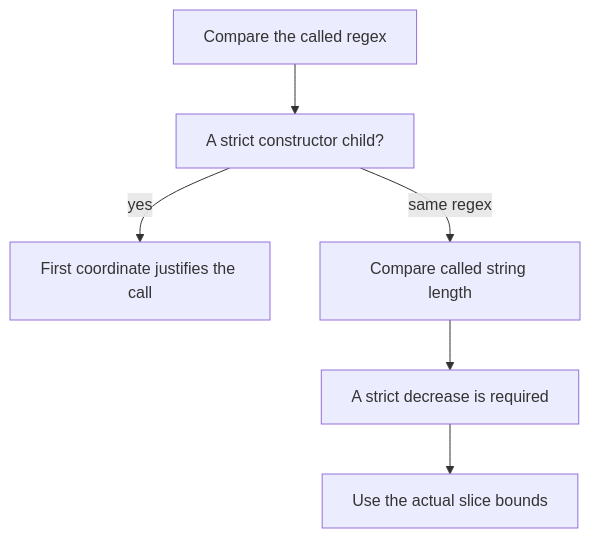
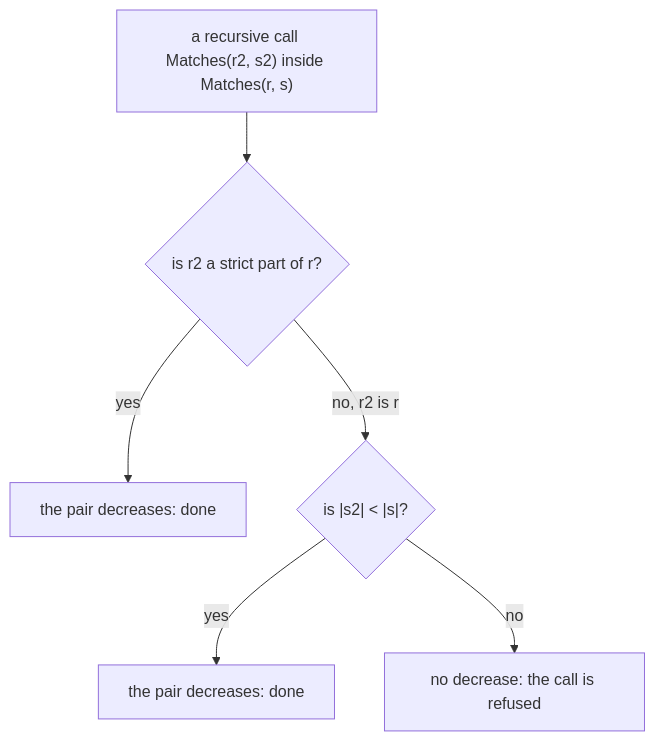
One commit to leobwang/dafny-verus-learn-0 changed the third of 3 diagrams in docs/R02_Datatypes.md. Above: the diagram before and after it, drawn with Mermaid. The commit also changed other lines of this file and 27 other files, not shown here.

````diff
--- a/docs/R02_Datatypes.md
+++ b/docs/R02_Datatypes.md
@@ -344,8 +1031,8 @@
 ```mermaid
 flowchart TD
-  A["Compare the called regex"] --> B["A strict constructor child?"]
-  B -->|"yes"| C["First coordinate justifies the call"]
-  B -->|"same regex"| D["Compare called string length"]
-  D --> E["A strict decrease is required"]
-  E --> F["Use the actual slice bounds"]
+  A["a recursive call Matches(r2, s2) inside Matches(r, s)"] --> B{"is r2 a strict part of r?"}
+  B -->|"yes"| C["the pair decreases: done"]
+  B -->|"no, r2 is r"| D{"is |s2| < |s|?"}
+  D -->|"yes"| E["the pair decreases: done"]
+  D -->|"no"| F["no decrease: the call is refused"]
 ```
````
